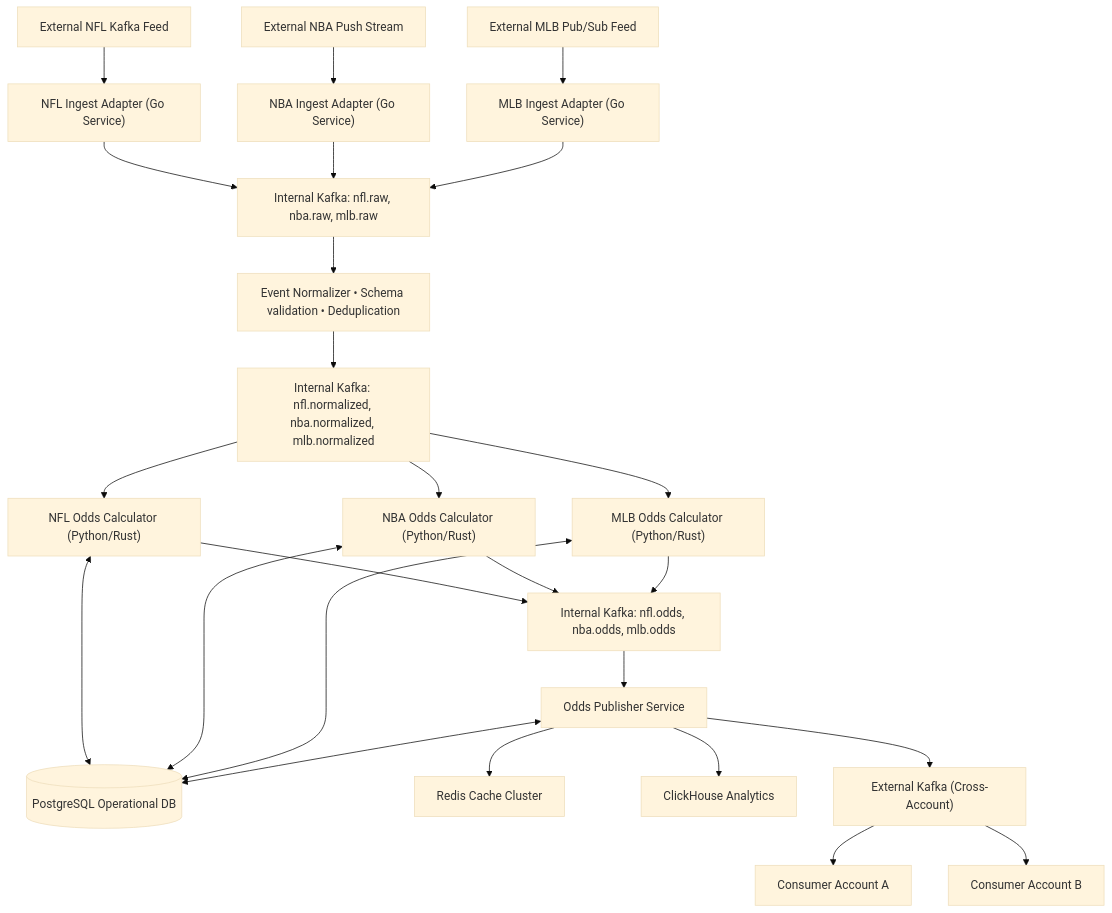
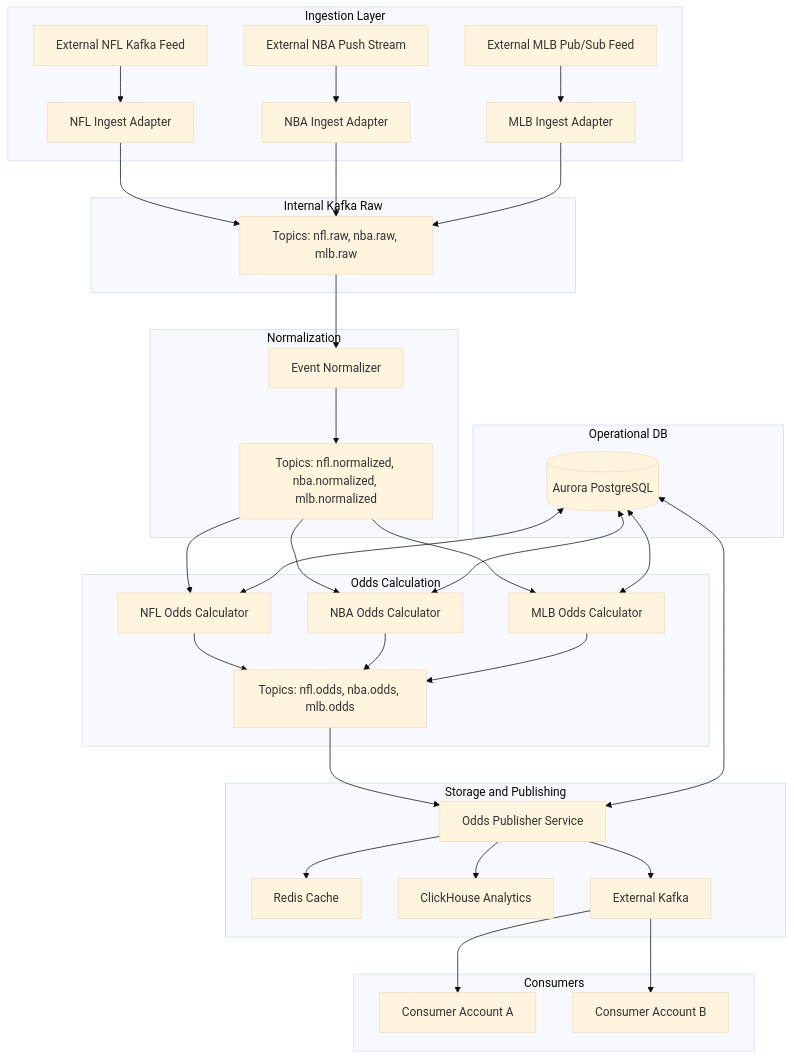
Before and after one commit to cchmura/ud_assessment: the diagram in README.md, drawn with Mermaid (base theme).

````diff
--- a/README.md
+++ b/README.md
@@ -32,54 +32,49 @@
 ```mermaid
 flowchart TD
-    %% External Feeds
-    NFLKafka[External NFL Kafka Feed]
-    NBAPush[External NBA Push Stream]
-    MLBPubSub[External MLB Pub/Sub Feed]
 
-    %% Adapters
-    NFLKafka --> NFLIngest["NFL Ingest Adapter (Go Service)"]
-    NBAPush --> NBAIngest["NBA Ingest Adapter (Go Service)"]
-    MLBPubSub --> MLBIngest["MLB Ingest Adapter (Go Service)"]
+  subgraph Ingestion Layer
+    NFLKafka[External NFL Kafka Feed] --> NFLIngest["NFL Ingest Adapter"]
+    NBAPush[External NBA Push Stream] --> NBAIngest["NBA Ingest Adapter"]
+    MLBPubSub[External MLB Pub/Sub Feed] --> MLBIngest["MLB Ingest Adapter"]
+  end
 
-    %% Internal Kafka (Raw Topics)
-    NFLIngest --> RawKafka["Internal Kafka: nfl.raw, nba.raw, mlb.raw"]
+  subgraph Internal Kafka Raw
+    NFLIngest --> RawKafka["Topics: nfl.raw, nba.raw, mlb.raw"]
     NBAIngest --> RawKafka
     MLBIngest --> RawKafka
+  end
 
-    %% Processing Pipeline
-    RawKafka --> Normalizer["Event Normalizer • Schema validation • Deduplication"]
-    Normalizer --> NormKafka["Internal Kafka: nfl.normalized, nba.normalized, mlb.normalized"]
+  subgraph Normalization
+    RawKafka --> Normalizer["Event Normalizer"]
+    Normalizer --> NormKafka["Topics: nfl.normalized, nba.normalized, mlb.normalized"]
+  end
 
-    %% Operational Database (PostgreSQL)
-    PostgreSQL[(PostgreSQL Operational DB)]
+  subgraph Odds Calculation
+    NormKafka --> NFLOdds["NFL Odds Calculator"]
+    NormKafka --> NBAOdds["NBA Odds Calculator"]
+    NormKafka --> MLBOdds["MLB Odds Calculator"]
 
-    %% Odds Calculators
-    NormKafka --> NFLOdds["NFL Odds Calculator (Python/Rust)"]
-    NormKafka --> NBAOdds["NBA Odds Calculator (Python/Rust)"]
-    NormKafka --> MLBOdds["MLB Odds Calculator (Python/Rust)"]
-
-    %% Odds Calculators interact with PostgreSQL (metadata)
-    NFLOdds <--> PostgreSQL
-    NBAOdds <--> PostgreSQL
-    MLBOdds <--> PostgreSQL
-
-    %% Odds Kafka Topics (Calculated Odds)
-    NFLOdds --> OddsKafka["Internal Kafka: nfl.odds, nba.odds, mlb.odds"]
+    NFLOdds --> OddsKafka["Topics: nfl.odds, nba.odds, mlb.odds"]
     NBAOdds --> OddsKafka
     MLBOdds --> OddsKafka
-    
-    %% Publisher Service consuming Odds topics
+  end
+
+  subgraph Storage and Publishing
     OddsKafka --> Publisher["Odds Publisher Service"]
+    Publisher --> Redis["Redis Cache"]
+    Publisher --> ClickHouse["ClickHouse Analytics"]
+    Publisher --> ExtKafka["External Kafka"]
+  end
 
-    %% Publisher interacts with PostgreSQL (state, config)
-    Publisher <--> PostgreSQL
-
-    %% Output destinations
-    Publisher --> Redis["Redis Cache Cluster"]
-    Publisher --> ClickHouse["ClickHouse Analytics"]
-    Publisher --> ExtKafka["External Kafka (Cross-Account)"]
-    
-    %% External Kafka consumers
+  subgraph Consumers
     ExtKafka --> AccountA["Consumer Account A"]
     ExtKafka --> AccountB["Consumer Account B"]
+  end
+
+  subgraph Operational DB
+    PostgreSQL[(Aurora PostgreSQL)] <--> NFLOdds
+    PostgreSQL <--> NBAOdds
+    PostgreSQL <--> MLBOdds
+    PostgreSQL <--> Publisher
+  end
 ```
````
